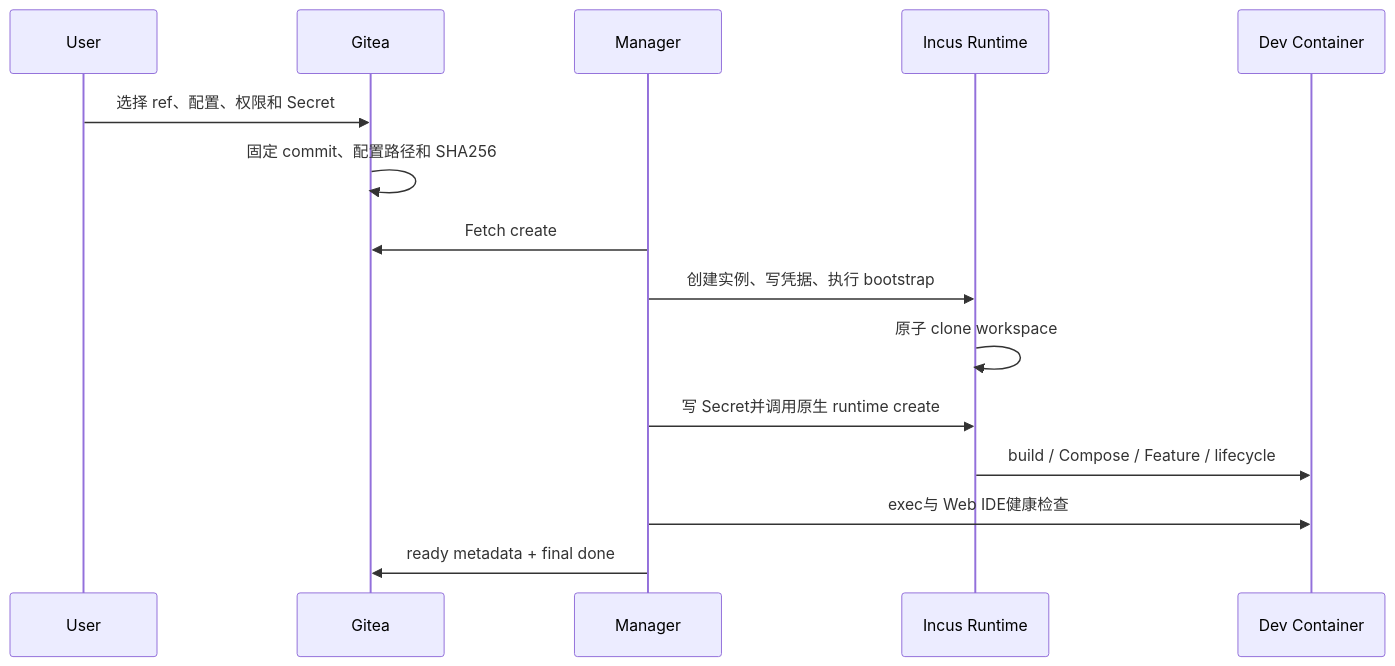
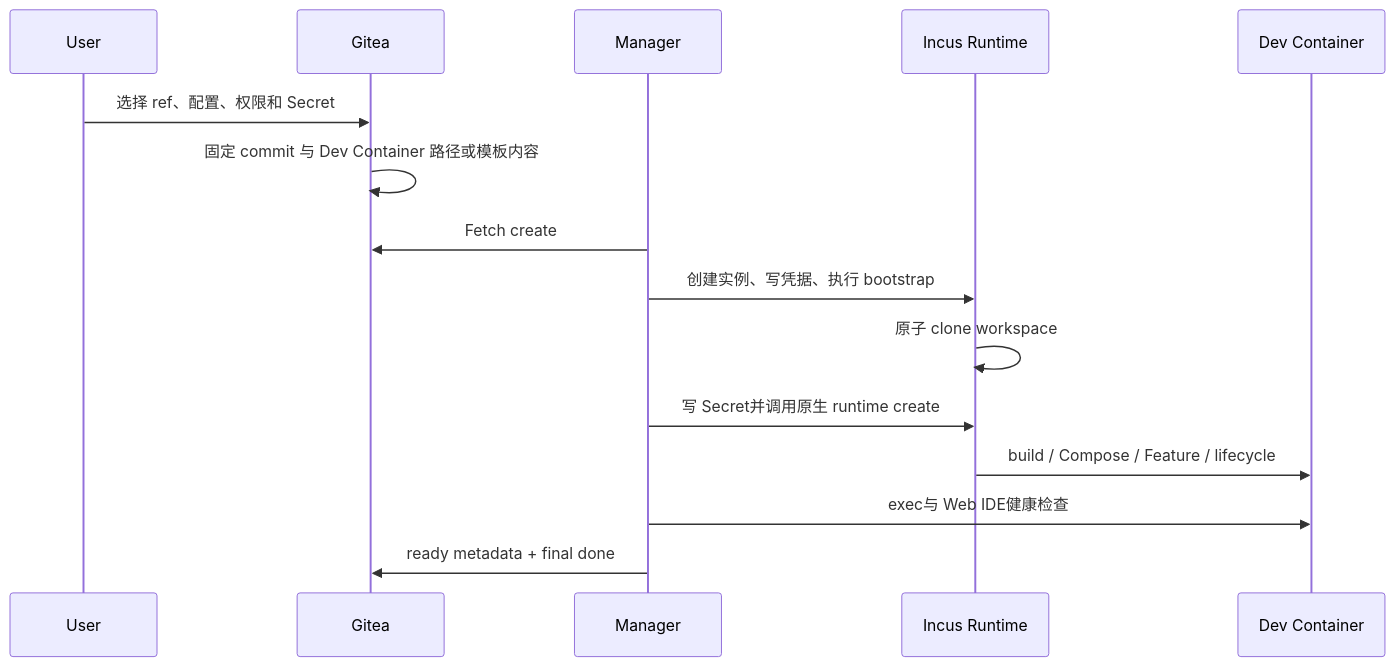
One commit to ExplodingDragon/gitea-dev changed the second of 2 diagrams in src/README.md. Above: the diagram before and after it, drawn with Mermaid. The commit also changed other lines of this file and 7 other files, not shown here.

````diff
--- a/src/README.md
+++ b/src/README.md
@@ -53,18 +53,18 @@
 ```mermaid
 sequenceDiagram
     participant U as User
     participant G as Gitea
     participant M as Manager
     participant R as Incus Runtime
     participant D as Dev Container
 
     U->>G: 选择 ref、配置、权限和 Secret
-    G->>G: 固定 commit、配置路径和 SHA256
+    G->>G: 固定 commit 与 Dev Container 路径或模板内容
     M->>G: Fetch create
     M->>R: 创建实例、写凭据、执行 bootstrap
     R->>R: 原子 clone workspace
     M->>R: 写 Secret并调用原生 runtime create
     R->>D: build / Compose / Feature / lifecycle
     M->>D: exec与 Web IDE健康检查
     M->>G: ready metadata + final done
 ```
````
